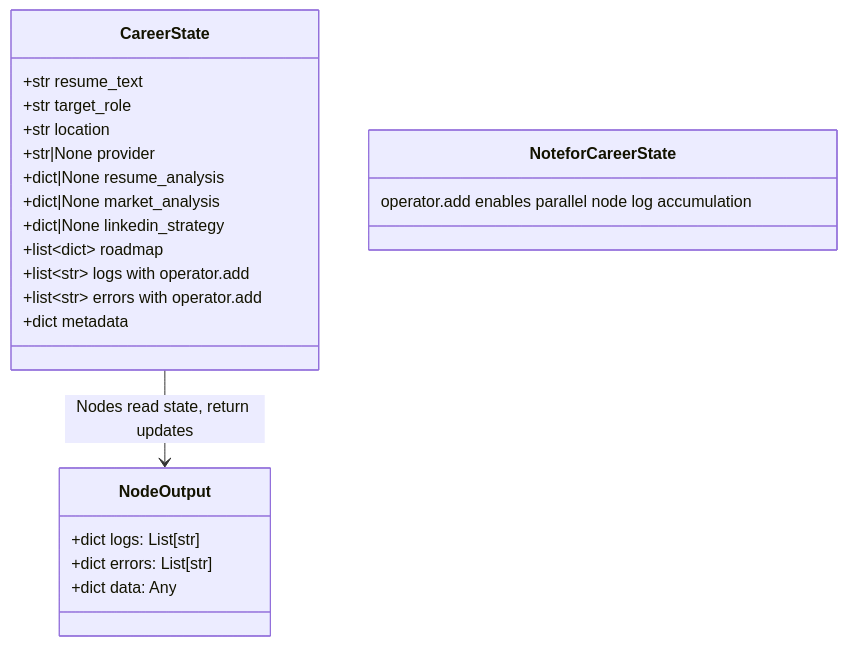
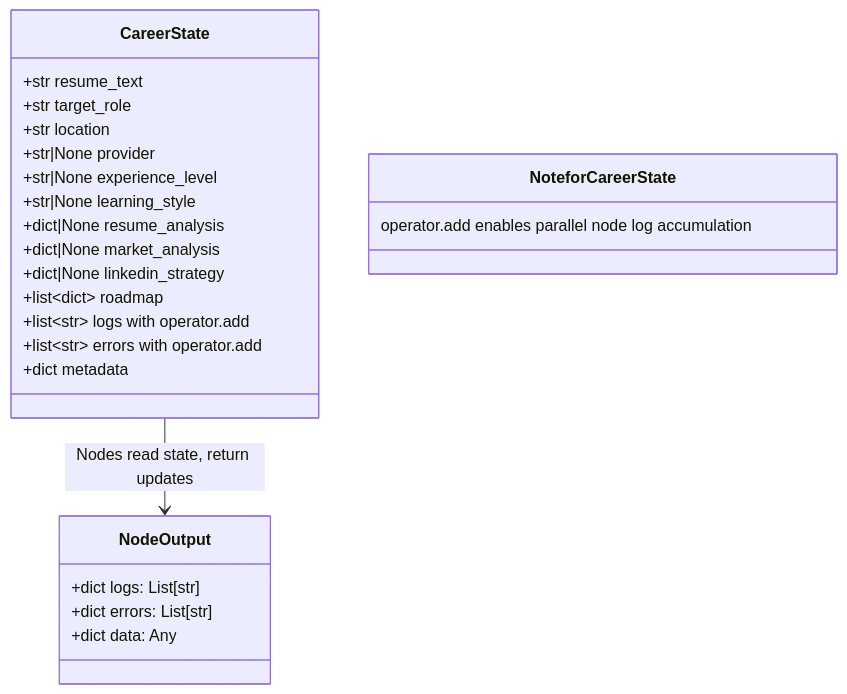
The fifth of 34 diagrams in documentation/ARCHITECTURE.md (Anil-Pradhan-web/ai-career-mentor), drawn with Mermaid before and after one commit.

Commit message:
docs: sync CareerState schema fields in classDiagram with implementation in workflow.py

````diff
--- a/documentation/ARCHITECTURE.md
+++ b/documentation/ARCHITECTURE.md
@@ -305,25 +305,27 @@
 ```mermaid
 classDiagram
     class CareerState {
         +str resume_text
         +str target_role
         +str location
         +str|None provider
+        +str|None experience_level
+        +str|None learning_style
         +dict|None resume_analysis
         +dict|None market_analysis
         +dict|None linkedin_strategy
         +list~dict~ roadmap
         +list~str~ logs with operator.add
         +list~str~ errors with operator.add
         +dict metadata
     }
     
     class NodeOutput {
         +dict logs: List[str]
         +dict errors: List[str]
         +dict data: Any
     }
     
     CareerState --> NodeOutput : Nodes read state, return updates
     Note for CareerState: operator.add enables parallel node log accumulation
 ```
````
